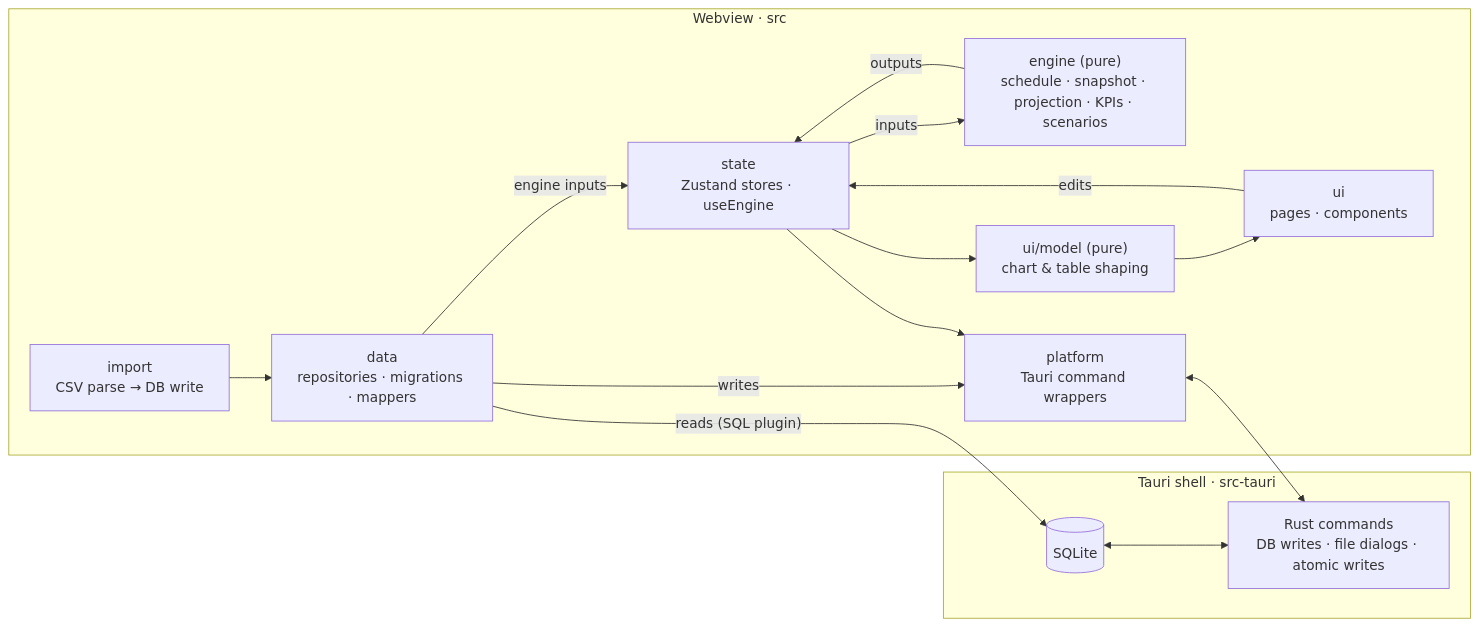
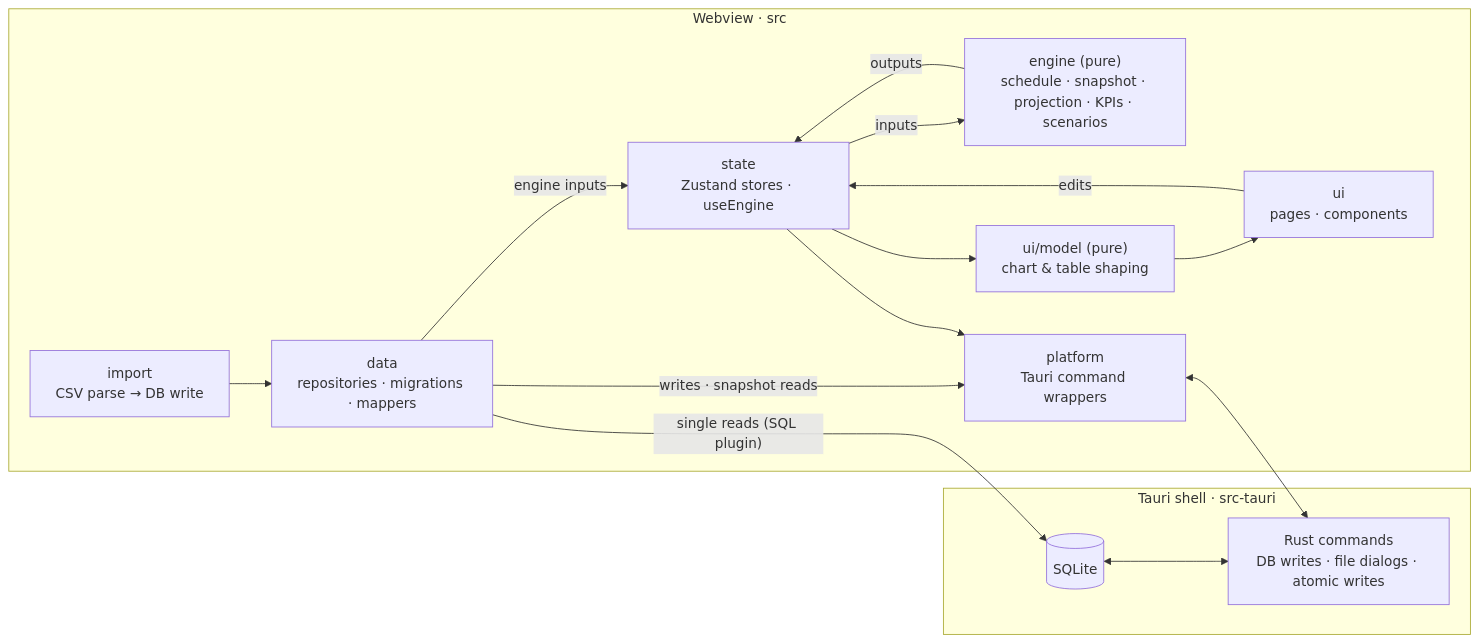
One commit to vlastimilbures/real-estate-tracker changed the diagram in README.md. Above: the diagram before and after it, drawn with Mermaid. The commit also changed 1 other file, not shown here.

Commit message:
docs(readme): diagram labels name single reads and snapshot reads
The portfolio load and backup snapshot go through platform to Rust
(selectSnapshot → db_select_snapshot); only single reads use the plugin.
CONTRIBUTING: the SQL-plugin exception uses dependency-cruiser's own
wording, and 'ESLint narrows the engine rule' names its referent.

````diff
--- a/README.md
+++ b/README.md
@@ -286,27 +286,27 @@
 ```mermaid
 flowchart LR
   subgraph Rust["Tauri shell · src-tauri"]
     DB[(SQLite)]
     CMD["Rust commands<br/>DB writes · file dialogs · atomic writes"]
   end
   subgraph Web["Webview · src"]
     DATA["data<br/>repositories · migrations · mappers"]
     IMPORT["import<br/>CSV parse → DB write"]
     STATE["state<br/>Zustand stores · useEngine"]
     ENGINE["engine (pure)<br/>schedule · snapshot · projection · KPIs · scenarios"]
     MODEL["ui/model (pure)<br/>chart & table shaping"]
     UI["ui<br/>pages · components"]
     PLATFORM["platform<br/>Tauri command wrappers"]
   end
   DB <--> CMD
-  DATA -- "reads (SQL plugin)" --> DB
-  DATA -- "writes" --> PLATFORM
+  DATA -- "single reads (SQL plugin)" --> DB
+  DATA -- "writes · snapshot reads" --> PLATFORM
   IMPORT --> DATA
   DATA -- "engine inputs" --> STATE
   STATE -- "inputs" --> ENGINE
   ENGINE -- "outputs" --> STATE
   STATE --> MODEL --> UI
   UI -- "edits" --> STATE
   STATE --> PLATFORM
   PLATFORM <--> CMD
 ```
````
